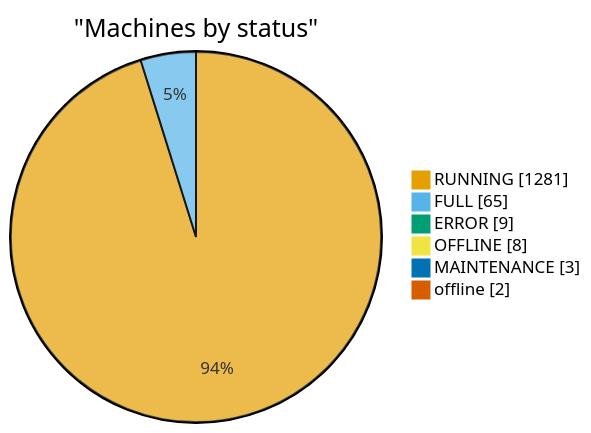
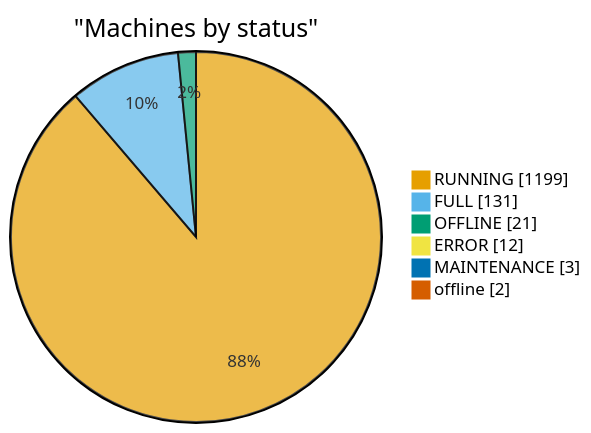
One commit to cheeaun/returnright-data changed the first of 5 diagrams in ANALYSIS.md. Above: the diagram before and after it, drawn with Mermaid. The commit also changed other lines of this file and 4 other files, not shown here.

````diff
--- a/ANALYSIS.md
+++ b/ANALYSIS.md
@@ -16,22 +16,22 @@
 ```mermaid
 ---
 config:
   themeVariables:
     pie1: "#E69F00"
     pie2: "#56B4E9"
     pie3: "#009E73"
     pie4: "#F0E442"
     pie5: "#0072B2"
     pie6: "#D55E00"
     pie7: "#CC79A7"
     pie8: "#999999"
 ---
 pie showData
     title "Machines by status"
-    "RUNNING": 1281
-    "FULL": 65
-    "ERROR": 9
-    "OFFLINE": 8
+    "RUNNING": 1199
+    "FULL": 131
+    "OFFLINE": 21
+    "ERROR": 12
     "MAINTENANCE": 3
     "offline": 2
 ```
````
